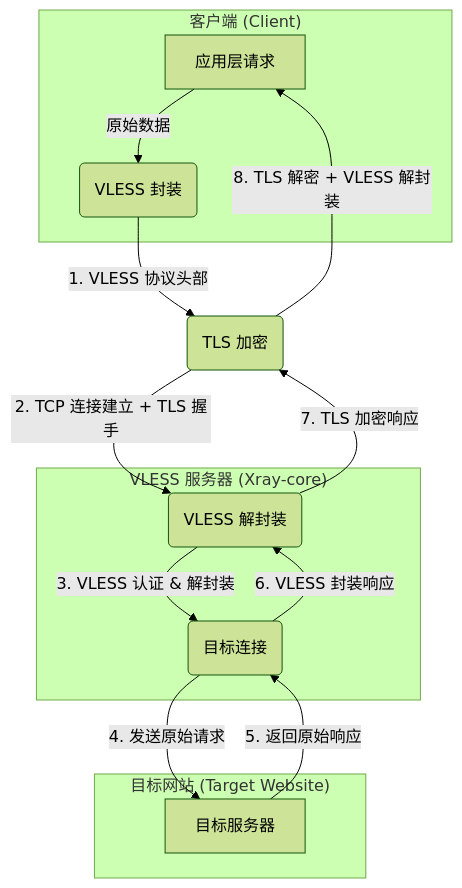
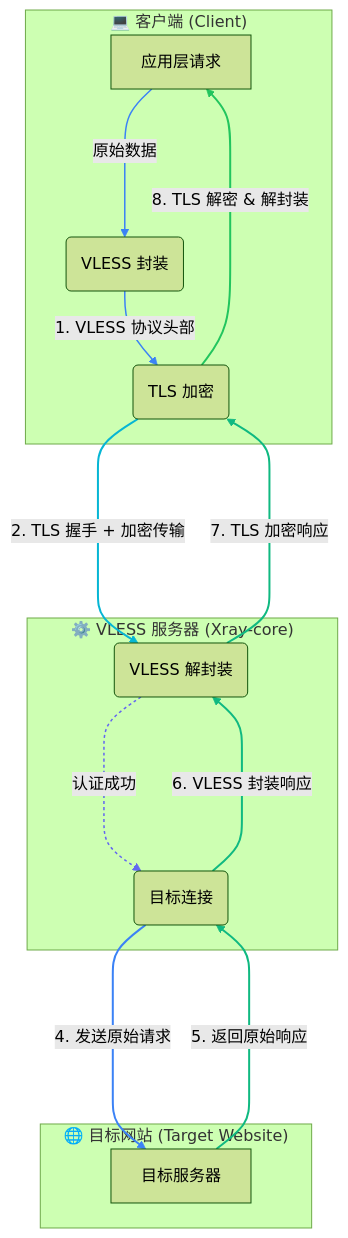
The first of 3 diagrams in source/_posts/2023/2023-09-29_VLESS协议详解：下一代无状态加密传输协议.md (teatang/t-blog), drawn with Mermaid (forest theme) before and after one commit. The commit also changed other lines of this file and 4 other files, not shown here.

```diff
--- a/source/_posts/2023/2023-09-29_VLESS协议详解：下一代无状态加密传输协议.md
+++ b/source/_posts/2023/2023-09-29_VLESS协议详解：下一代无状态加密传输协议.md
@@ -93,24 +93,46 @@
 {% mermaid %}
 graph TD
-    subgraph "客户端 (Client)"
-        A[应用层请求] --> |原始数据| A1(VLESS 封装)
+    subgraph Client ["💻 客户端 (Client)"]
+        A[应用层请求] 
+        A1(VLESS 封装)
+        A2(TLS 加密)
+        
+        A --> |原始数据| A1
+        A1 --> |1. VLESS 协议头部| A2
     end
 
-    subgraph "VLESS 服务器 (Xray-core)"
+    subgraph Xray ["⚙️ VLESS 服务器 (Xray-core)"]
         S1(VLESS 解封装)
         S2(目标连接)
+        
+        S1 -.-> |认证成功| S2
     end
 
-    subgraph "目标网站 (Target Website)"
+    subgraph Target ["🌐 目标网站 (Target Website)"]
         D[目标服务器]
     end
 
-    A1 --> |1. VLESS 协议头部| A2(TLS 加密)
-    A2 --> |2. TCP 连接建立 + TLS 握手| S1
-    S1 --> |3. VLESS 认证 & 解封装| S2
-    S2 --> |4. 发送原始请求| D
-    D --> |5. 返回原始响应| S2
-    S2 --> |6. VLESS 封装响应| S1
-    S1 --> |7. TLS 加密响应| A2
-    A2 --> |8. TLS 解密 + VLESS 解封装| A
+    %% --------------------------------------------------------
+    %% 核心网络流转（带颜色编码的连线）
+    
+    %% 去程：客户端 -> 服务器 -> 目标 (蓝色/青色线)
+    A2 ----> |2. TLS 握手 + 加密传输| S1
+    S2 ----> |4. 发送原始请求| D
+
+    %% 回程：目标 -> 服务器 -> 客户端 (绿色线)
+    D ----> |5. 返回原始响应| S2
+    S2 ----> |6. VLESS 封装响应| S1
+    S1 ----> |7. TLS 加密响应| A2
+    A2 ----> |8. TLS 解密 & 解封装| A
+
+    %% --------------------------------------------------------
+    %% 连线颜色：去程为蓝，回程为绿
+    linkStyle 0,1 stroke:#3b82f6,stroke-width:1.5px;
+    linkStyle 2 stroke:#6366f1,stroke-dasharray: 3 3,stroke-width:1.5px;
+    linkStyle 3 stroke:#06b6d4,stroke-width:2px;
+    linkStyle 4 stroke:#3b82f6,stroke-width:2px;
+    linkStyle 5 stroke:#10b981,stroke-width:2px;
+    linkStyle 6 stroke:#10b981,stroke-width:2px;
+    linkStyle 7 stroke:#10b981,stroke-width:2px;
+    linkStyle 8 stroke:#22c55e,stroke-width:2px;
 {% endmermaid %}
```
